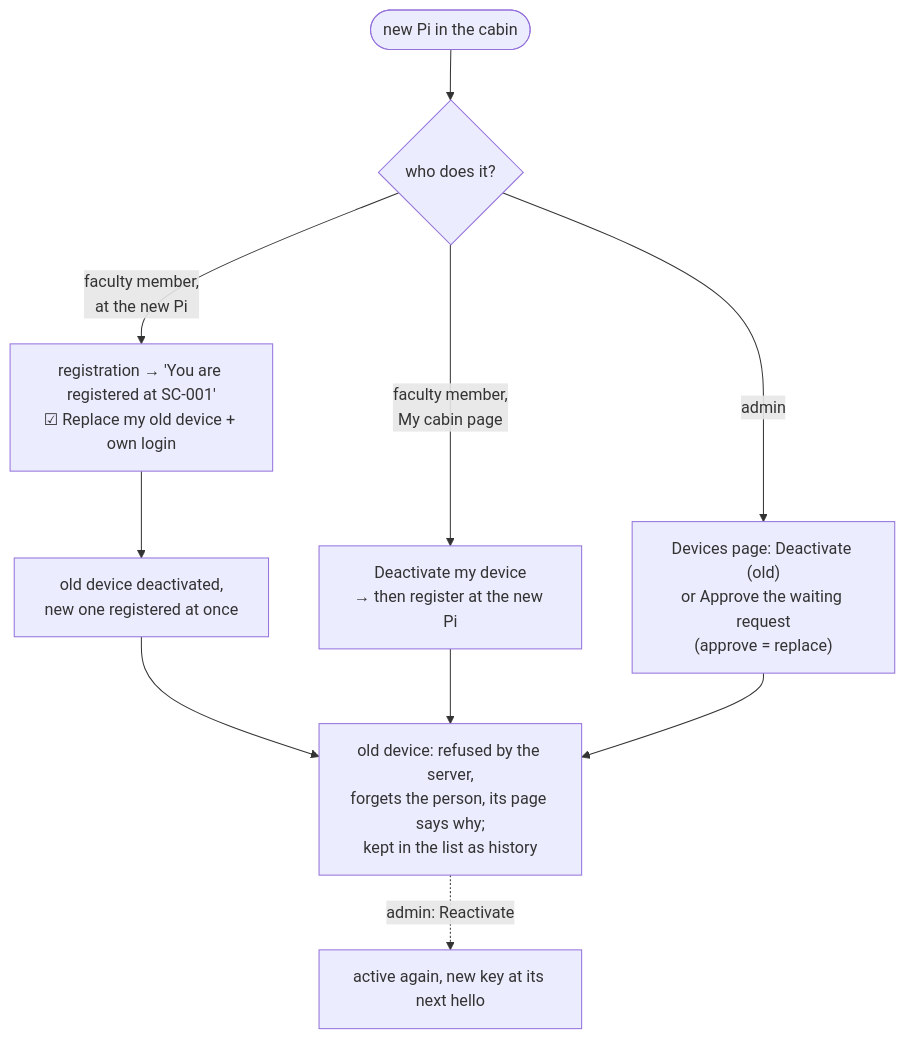
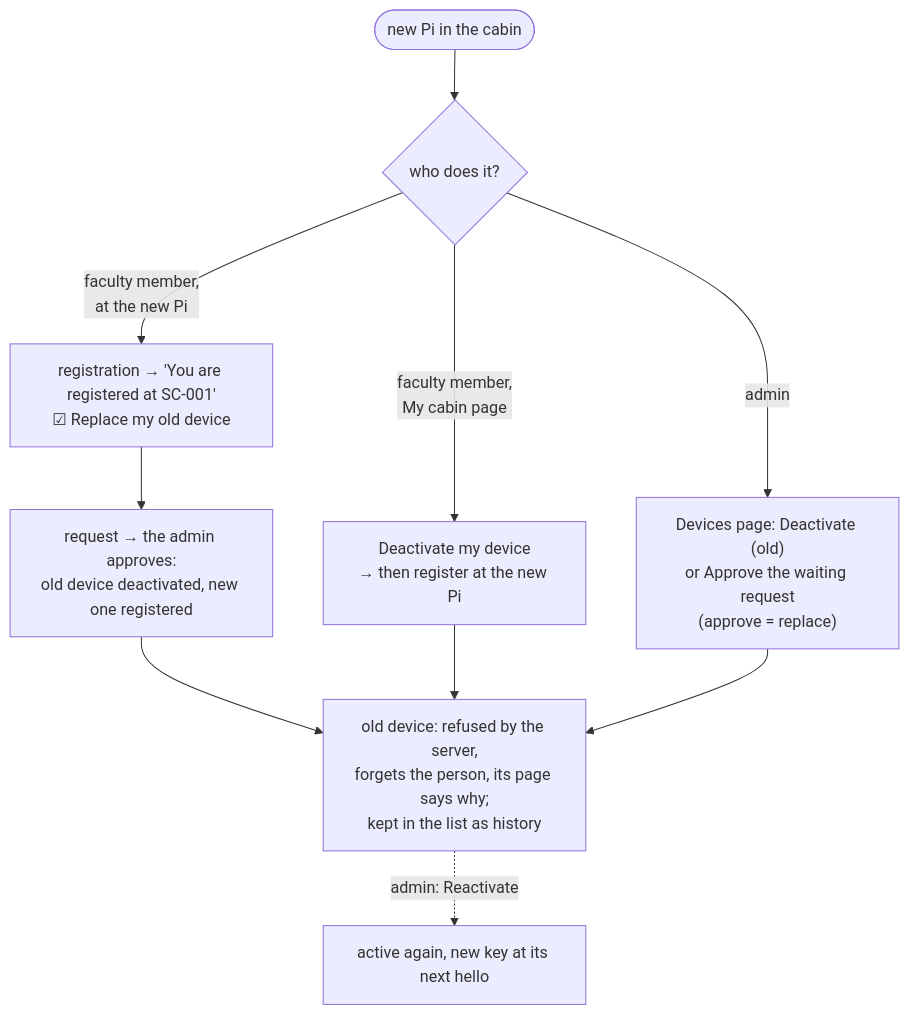
The sixth of 6 diagrams in v3/README.md (CodeSamhita/Smart-Cabin-An-IoT-Based-RealTime-Faculty-Availability-Monitoring-System), drawn with Mermaid before and after one commit. The commit also changed other lines of this file and 25 other files, not shown here.

````diff
--- a/v3/README.md
+++ b/v3/README.md
@@ -233,10 +270,10 @@
 ```mermaid
 flowchart TB
     START(["new Pi in the cabin"]) --> WHO{"who does it?"}
-    WHO -- "faculty member,<br/>at the new Pi" --> TICK["registration → 'You are registered at SC-001'<br/>☑ Replace my old device + own login"]
-    TICK --> AUTO["old device deactivated,<br/>new one registered at once"]
+    WHO -- "faculty member,<br/>at the new Pi" --> TICK["registration → 'You are registered at SC-001'<br/>☑ Replace my old device"]
+    TICK --> AUTO["request → the admin approves:<br/>old device deactivated, new one registered"]
     WHO -- "faculty member,<br/>My cabin page" --> MY["Deactivate my device<br/>→ then register at the new Pi"]
     WHO -- "admin" --> ADMIN["Devices page: Deactivate (old)<br/>or Approve the waiting request<br/>(approve = replace)"]
     AUTO & MY & ADMIN --> DEAD["old device: refused by the server,<br/>forgets the person, its page says why;<br/>kept in the list as history"]
     DEAD -. "admin: Reactivate" .-> BACK["active again, new key at its next hello"]
 ```
````
